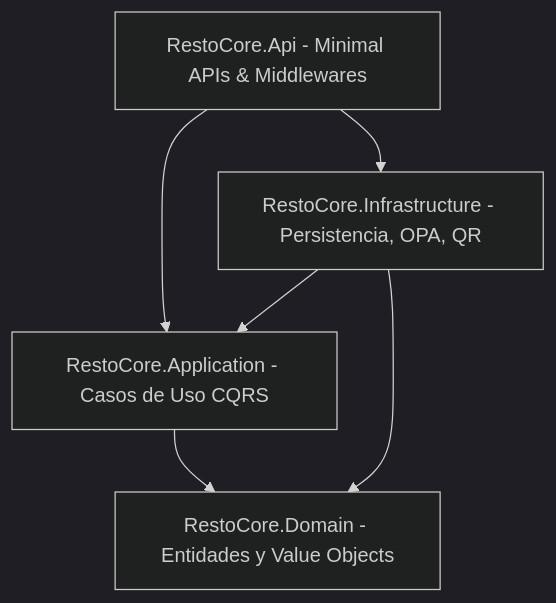
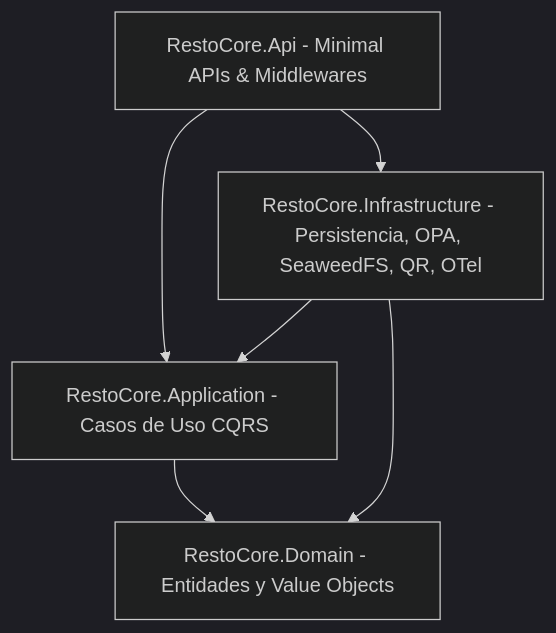
One commit to Manu07Alvarez/RestoCore-Docs changed the diagram in docs/Website/docs/developers/arquitectura-backend-dotnet.md. Above: the diagram before and after it, drawn with Mermaid (dark theme). The commit also changed other lines of this file and 3 other files, not shown here.

Commit message:
docs(backend): update .NET 10 architecture with SeaweedFS, k6 stress tests, Aspire Dashboard, and post-commit caching

````diff
--- a/docs/Website/docs/developers/arquitectura-backend-dotnet.md
+++ b/docs/Website/docs/developers/arquitectura-backend-dotnet.md
@@ -28,8 +31,8 @@
 ```mermaid
 graph TD
     API[RestoCore.Api - Minimal APIs & Middlewares] --> APP[RestoCore.Application - Casos de Uso CQRS]
-    INFRA[RestoCore.Infrastructure - Persistencia, OPA, QR] --> APP
+    INFRA[RestoCore.Infrastructure - Persistencia, OPA, SeaweedFS, QR, OTel] --> APP
     APP --> DOM[RestoCore.Domain - Entidades y Value Objects]
     INFRA --> DOM
     API --> INFRA
 ```
````
